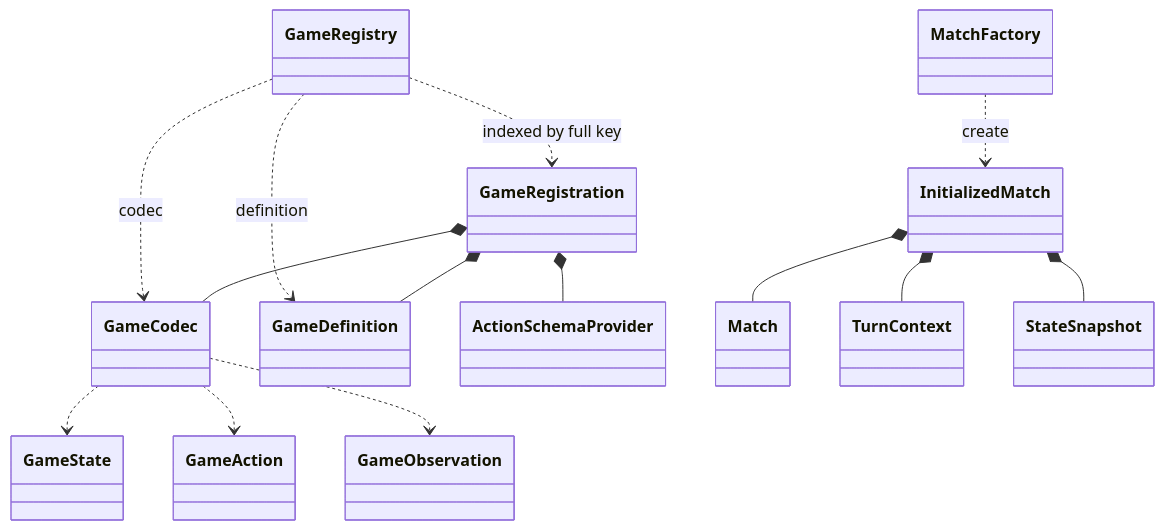
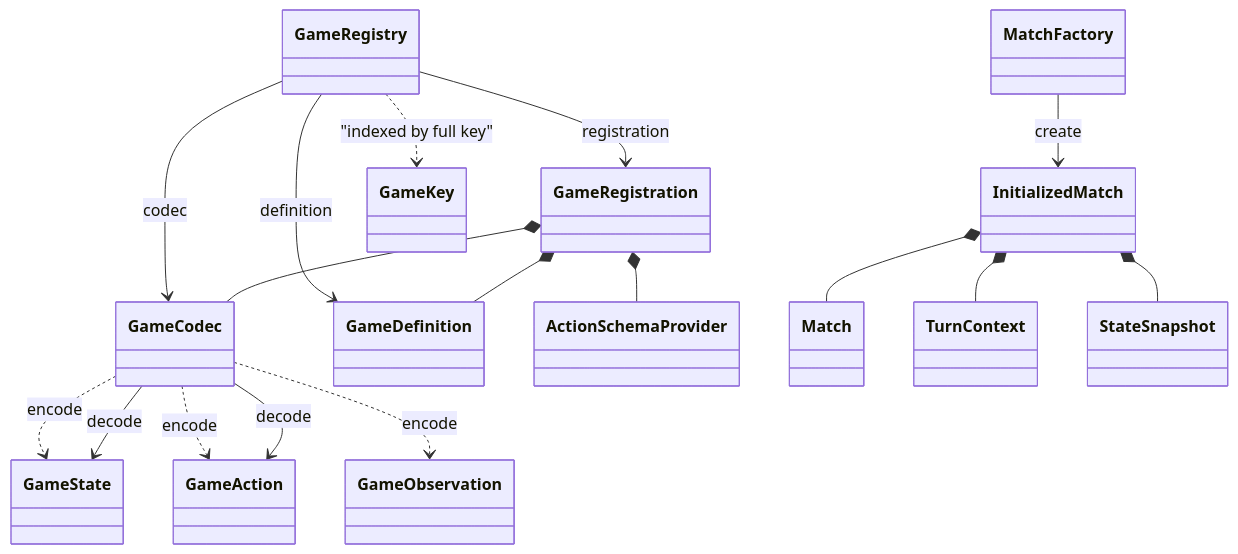
The third of 11 diagrams in backend/DESIGN.md (boji-today/frayground), drawn with Mermaid before and after one commit. The commit also changed other lines of this file, not shown here.

First line of the commit message:
docs(backend): align class and state diagrams with the domain code

````diff
--- a/backend/DESIGN.md
+++ b/backend/DESIGN.md
@@ -102,31 +109,35 @@
 ```mermaid
 classDiagram
   direction TB
   class GameRegistry
   class GameRegistration
   class GameCodec
   class GameDefinition
   class ActionSchemaProvider
   class MatchFactory
   class InitializedMatch
   class Match
   class TurnContext
   class StateSnapshot
   class GameState
   class GameAction
   class GameObservation
+  class GameKey
 
-  GameRegistry ..> GameDefinition : definition
-  GameRegistry ..> GameCodec : codec
-  GameRegistry ..> GameRegistration : indexed by full key
+  GameRegistry ..> GameKey : "indexed by full key"
+  GameRegistry --> GameDefinition : definition
+  GameRegistry --> GameCodec : codec
+  GameRegistry --> GameRegistration : registration
   GameRegistration *-- GameDefinition
   GameRegistration *-- GameCodec
   GameRegistration *-- ActionSchemaProvider
-  MatchFactory ..> InitializedMatch : create
+  MatchFactory --> InitializedMatch : create
   InitializedMatch *-- Match
   InitializedMatch *-- TurnContext
   InitializedMatch *-- StateSnapshot
-  GameCodec ..> GameState
-  GameCodec ..> GameAction
-  GameCodec ..> GameObservation
+  GameCodec ..> GameState : encode
+  GameCodec --> GameState : decode
+  GameCodec ..> GameAction : encode
+  GameCodec --> GameAction : decode
+  GameCodec ..> GameObservation : encode
 ```
````
